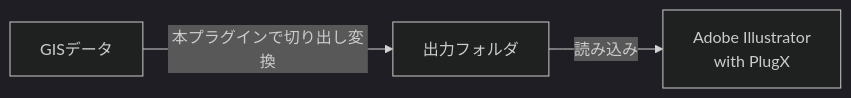
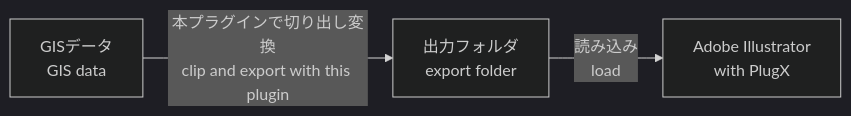
One commit to MIERUNE/qgis-plugx-plugin changed the diagram in README.md. Above: the diagram before and after it, drawn with Mermaid (dark theme). The commit also changed other lines of this file, not shown here.

````diff
--- a/README.md
+++ b/README.md
@@ -9,5 +10,5 @@
 ```mermaid
 graph LR
-A[GISデータ] --本プラグインで切り出し変換--> B[出力フォルダ] --読み込み--> C[Adobe Illustrator\nwith PlugX]
+A[GISデータ<br/>GIS data] --本プラグインで切り出し変換<br/>clip and export with this plugin--> B[出力フォルダ<br/>export folder] --読み込み<br/>load--> C[Adobe Illustrator<br/>with PlugX]
 
 ```
````
